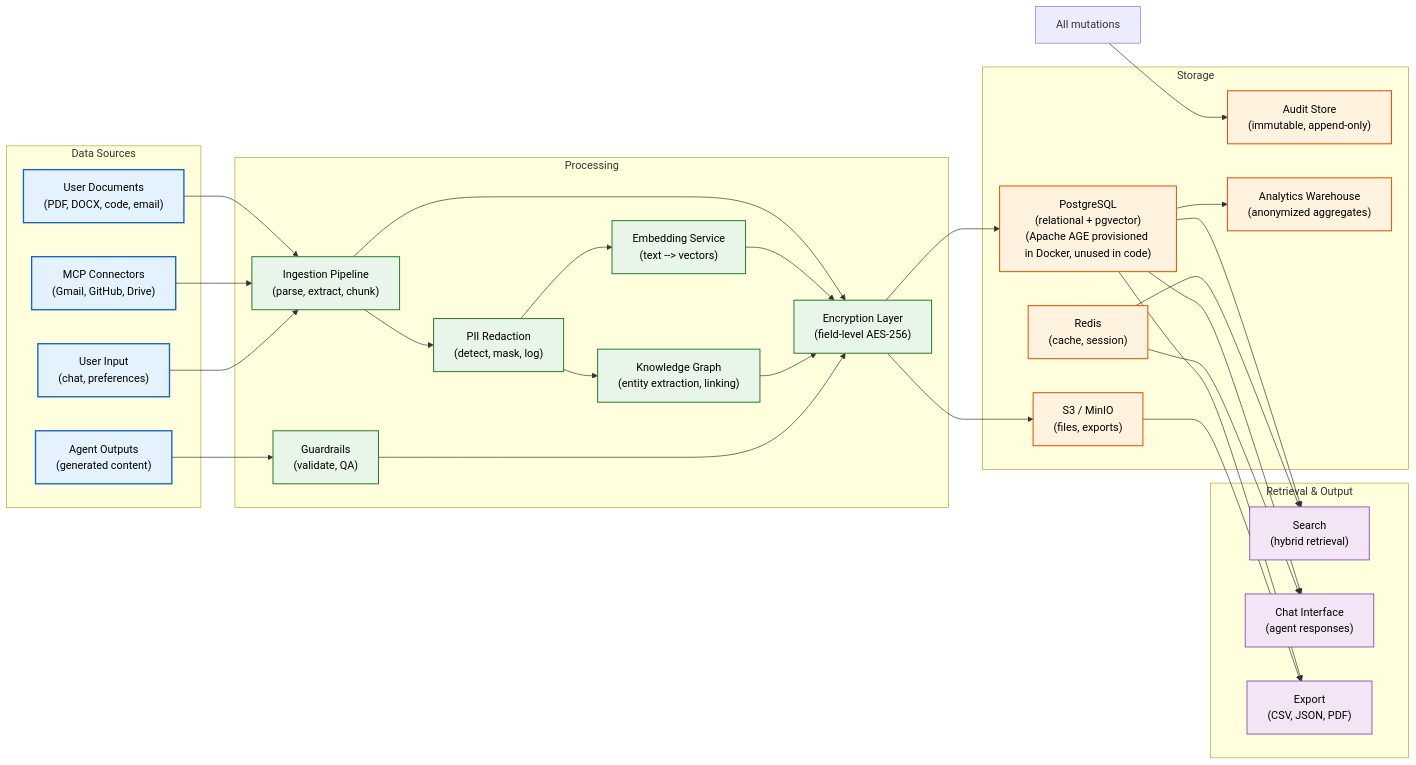
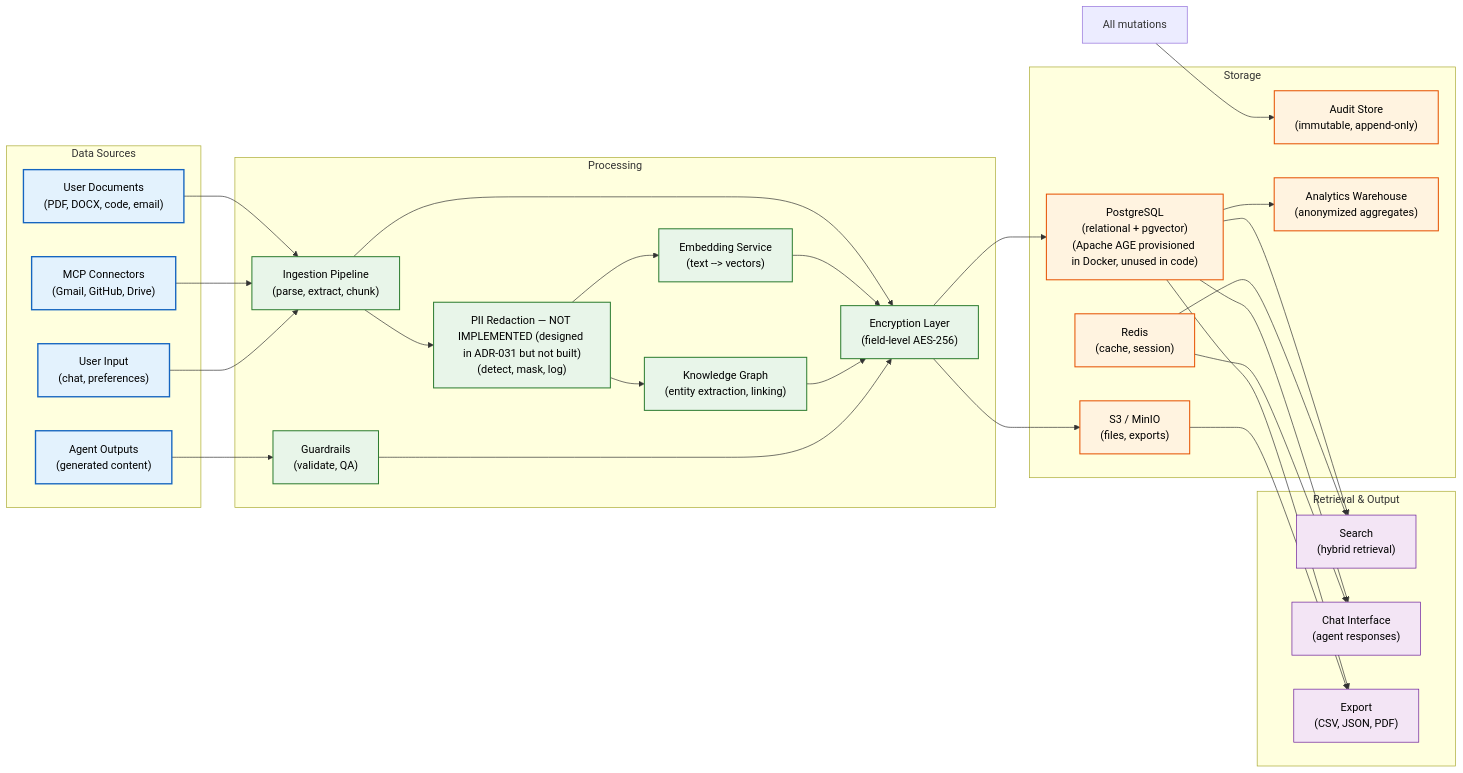
One commit to Driftloom/Vaeloom changed the first of 5 diagrams in docs/architecture/Data-Flow.md. Above: the diagram before and after it, drawn with Mermaid. The commit also changed other lines of this file and 91 other files, not shown here.

````diff
--- a/docs/architecture/Data-Flow.md
+++ b/docs/architecture/Data-Flow.md
@@ -52,46 +52,46 @@
 ```mermaid
 graph LR
     classDef source fill:#e3f2fd,stroke:#1565c0,color:#000,stroke-width:2px
     classDef process fill:#e8f5e9,stroke:#2e7d32,color:#000,stroke-width:1.5px
     classDef store fill:#fff3e0,stroke:#e65100,color:#000,stroke-width:1.5px
     classDef output fill:#f3e5f5,stroke:#6a1b9a,color:#000,stroke-width:1px
 
     subgraph Sources["Data Sources"]
         DOC["User Documents<br/>(PDF, DOCX, code, email)"]:::source
         MCP["MCP Connectors<br/>(Gmail, GitHub, Drive)"]:::source
         USER["User Input<br/>(chat, preferences)"]:::source
         AGENT["Agent Outputs<br/>(generated content)"]:::source
     end
 
     subgraph Processing["Processing"]
     INGEST["Ingestion Pipeline<br/>(parse, extract, chunk)"]:::process
     EMBED["Embedding Service<br/>(text --> vectors)"]:::process
     GRAPH["Knowledge Graph<br/>(entity extraction, linking)"]:::process
-    REDACT["PII Redaction<br/>(detect, mask, log)"]:::process
+    REDACT["PII Redaction — NOT IMPLEMENTED (designed in ADR-031 but not built)<br/>(detect, mask, log)"]:::process
     GUARD["Guardrails<br/>(validate, QA)"]:::process
     ENCRYPT["Encryption Layer<br/>(field-level AES-256)"]:::process
     end
 
     subgraph Storage["Storage"]
     PG["PostgreSQL<br/>(relational + pgvector)<br/>(Apache AGE provisioned in Docker, unused in code)"]:::store
     S3["S3 / MinIO<br/>(files, exports)"]:::store
     REDIS["Redis<br/>(cache, session)"]:::store
     AUDIT_S["Audit Store<br/>(immutable, append-only)"]:::store
     WAREHOUSE["Analytics Warehouse<br/>(anonymized aggregates)"]:::store
     end
 
     subgraph Output["Retrieval & Output"]
     SEARCH["Search<br/>(hybrid retrieval)"]:::output
     CHAT["Chat Interface<br/>(agent responses)"]:::output
     EXPORT["Export<br/>(CSV, JSON, PDF)"]:::output
     end
 
     DOC & MCP --> INGEST --> REDACT --> EMBED & GRAPH
     USER --> INGEST
     AGENT --> GUARD
     INGEST & EMBED & GRAPH & GUARD --> ENCRYPT --> PG & S3
     PG & REDIS --> SEARCH & CHAT
     PG --> WAREHOUSE
     PG & S3 --> EXPORT
     ALL["All mutations"] --> AUDIT_S
 ```
````
